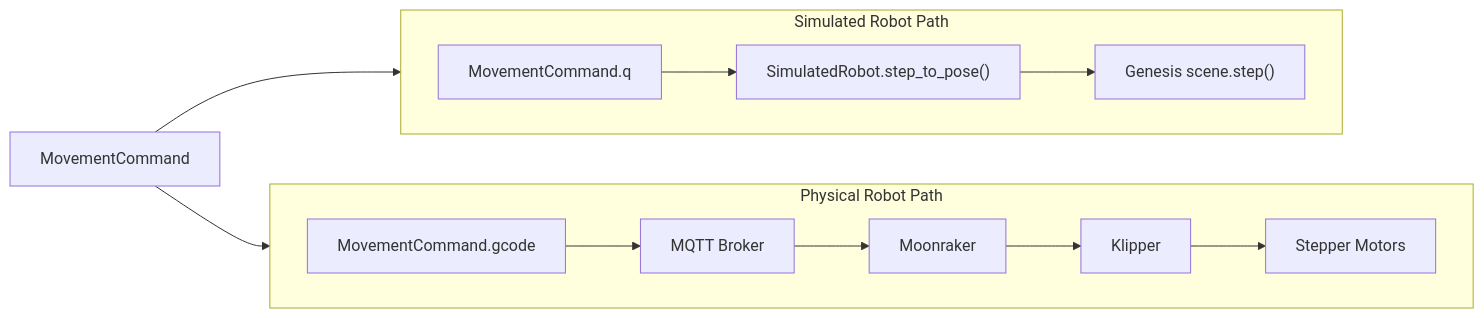
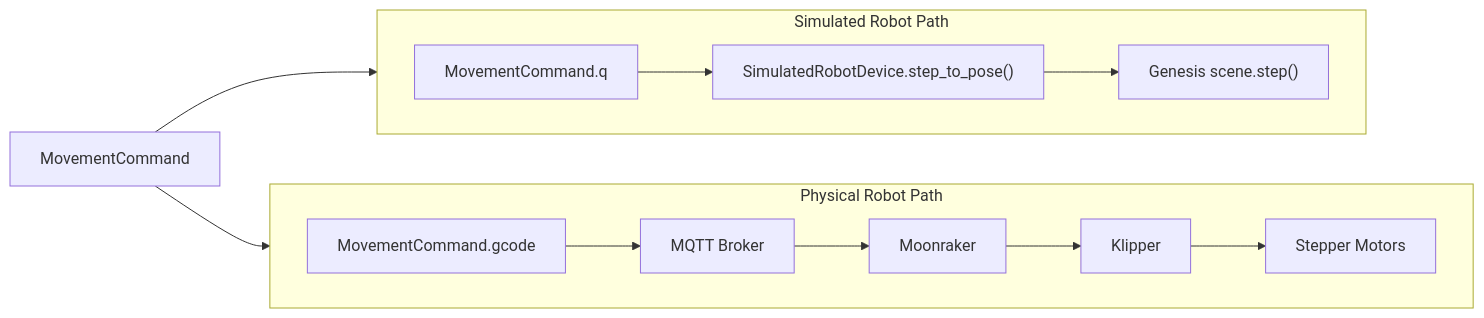
One commit to leogolds/ManiPylator changed the fourth of 6 diagrams in docs/ARCHITECTURE.md. Above: the diagram before and after it, drawn with Mermaid. The commit also changed other lines of this file and 9 other files, not shown here.

````diff
--- a/docs/ARCHITECTURE.md
+++ b/docs/ARCHITECTURE.md
@@ -246,25 +246,25 @@
 ```mermaid
 flowchart LR
     MC["MovementCommand"]
 
     subgraph physical_path ["Physical Robot Path"]
         direction LR
         GCode["MovementCommand.gcode"]
         MQTTBroker["MQTT Broker"]
         MR["Moonraker"]
         KL["Klipper"]
         HW["Stepper Motors"]
         GCode --> MQTTBroker --> MR --> KL --> HW
     end
 
     subgraph simulated_path ["Simulated Robot Path"]
         direction LR
         QVals["MovementCommand.q"]
-        StepPose["SimulatedRobot.step_to_pose()"]
+        StepPose["SimulatedRobotDevice.step_to_pose()"]
         GenScene["Genesis scene.step()"]
         QVals --> StepPose --> GenScene
     end
 
     MC --> GCode
     MC --> QVals
 ```
````
